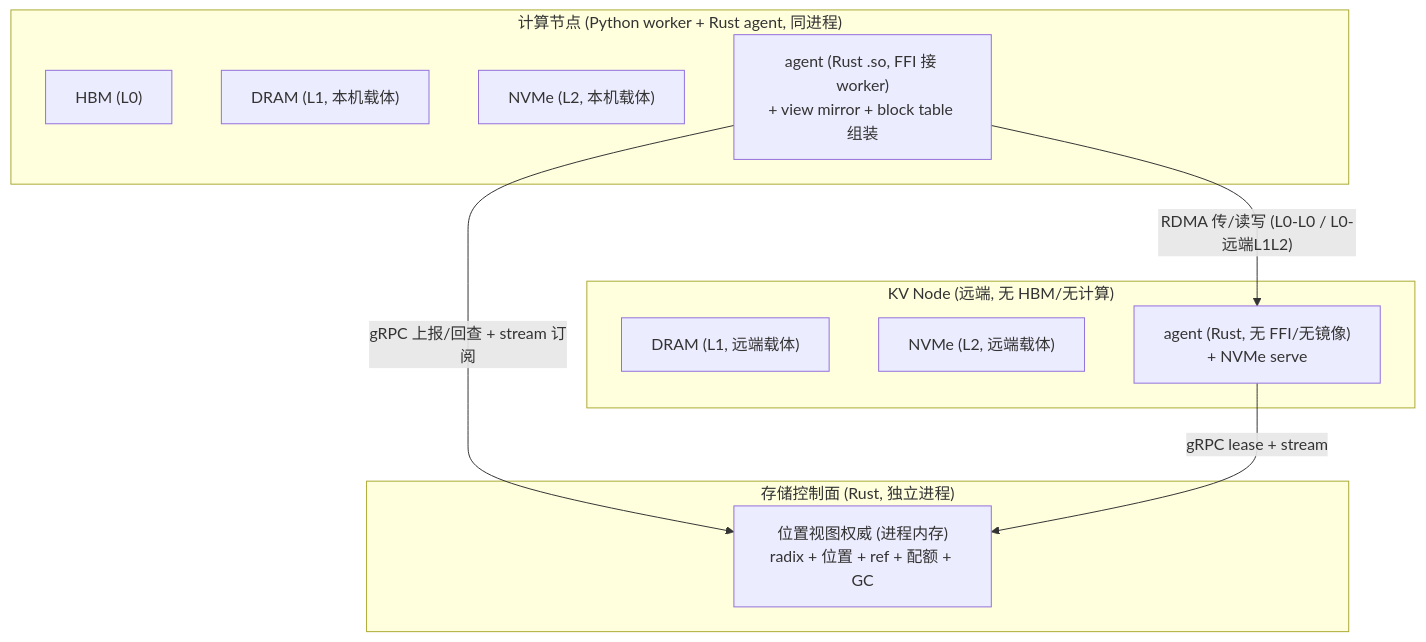
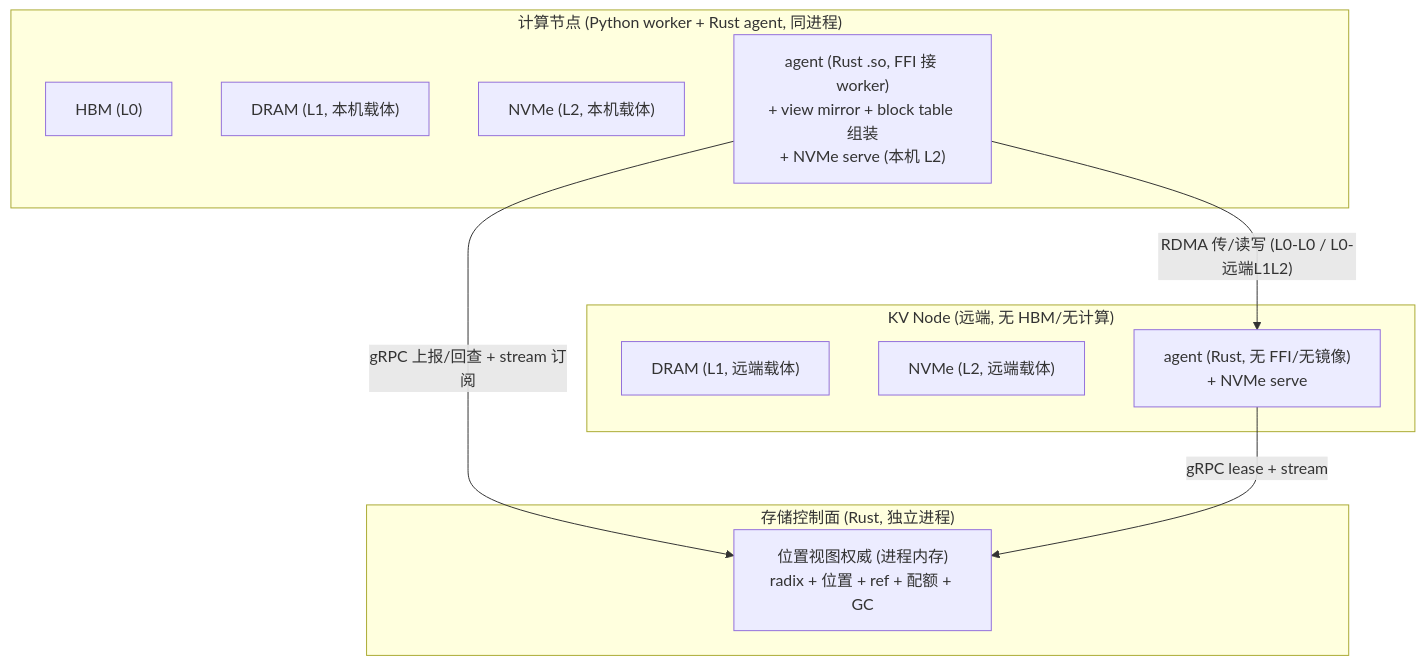
Before and after one commit to chengda-wu/lake: the diagram in docs/architecture/kv-cache-pool.md, drawn with Mermaid. The commit also changed other lines of this file and 2 other files, not shown here.

````diff
--- a/docs/architecture/kv-cache-pool.md
+++ b/docs/architecture/kv-cache-pool.md
@@ -95,20 +95,20 @@
 ```mermaid
 flowchart TB
     subgraph CN["计算节点 (Python worker + Rust agent, 同进程)"]
         HBM["HBM (L0)"]
         DRAM_CN["DRAM (L1, 本机载体)"]
         NVMe_CN["NVMe (L2, 本机载体)"]
-        AGENT_CN["agent (Rust .so, FFI 接 worker)<br/>+ view mirror + block table 组装"]
+        AGENT_CN["agent (Rust .so, FFI 接 worker)<br/>+ view mirror + block table 组装<br/>+ NVMe serve (本机 L2)"]
     end
     subgraph KVN["KV Node (远端, 无 HBM/无计算)"]
         DRAM_KV["DRAM (L1, 远端载体)"]
         NVMe_KV["NVMe (L2, 远端载体)"]
         AGENT_KV["agent (Rust, 无 FFI/无镜像)<br/>+ NVMe serve"]
     end
     subgraph CP["存储控制面 (Rust, 独立进程)"]
         AUTH["位置视图权威 (进程内存)<br/>radix + 位置 + ref + 配额 + GC"]
     end
     AGENT_CN -->|"gRPC 上报/回查 + stream 订阅"| AUTH
     AGENT_KV -->|"gRPC lease + stream"| AUTH
     AGENT_CN -->|"RDMA 传/读写 (L0-L0 / L0-远端L1L2)"| AGENT_KV
 ```
````
